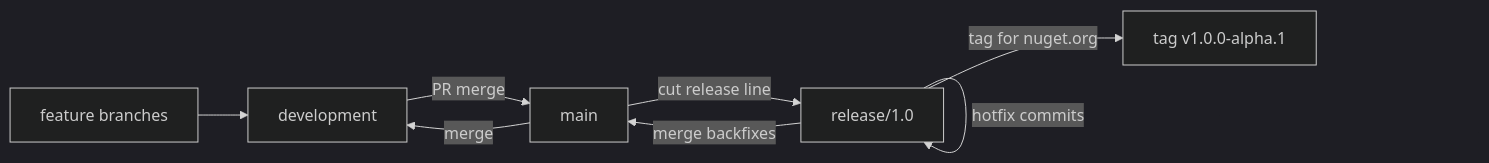
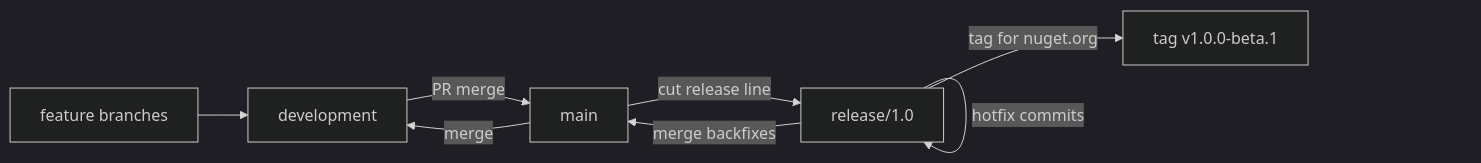
One commit to ahmedSamir50/AdamSystems.ZVec.NET changed the first of 2 diagrams in README.md. Above: the diagram before and after it, drawn with Mermaid (dark theme). The commit also changed other lines of this file and 18 other files, not shown here.

````diff
--- a/README.md
+++ b/README.md
@@ -533,16 +550,16 @@
 ```mermaid
 flowchart LR
   feat[feature branches]
   dev[development]
   main[main]
   rel["release/1.0"]
-  tag["tag v1.0.0-alpha.1"]
+  tag["tag v1.0.0-beta.1"]
 
   feat --> dev
   dev -->|"PR merge"| main
   main -->|"cut release line"| rel
   rel -->|"tag for nuget.org"| tag
   rel -->|"hotfix commits"| rel
   rel -->|"merge backfixes"| main
   main -->|"merge"| dev
 ```
````
